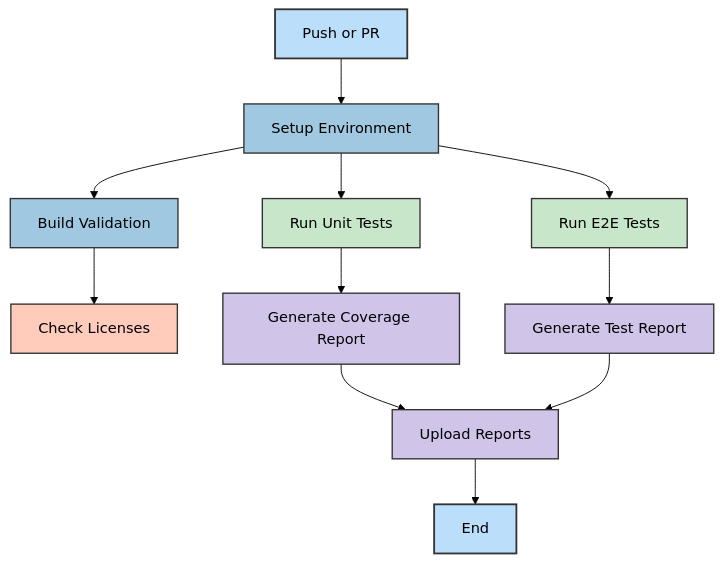
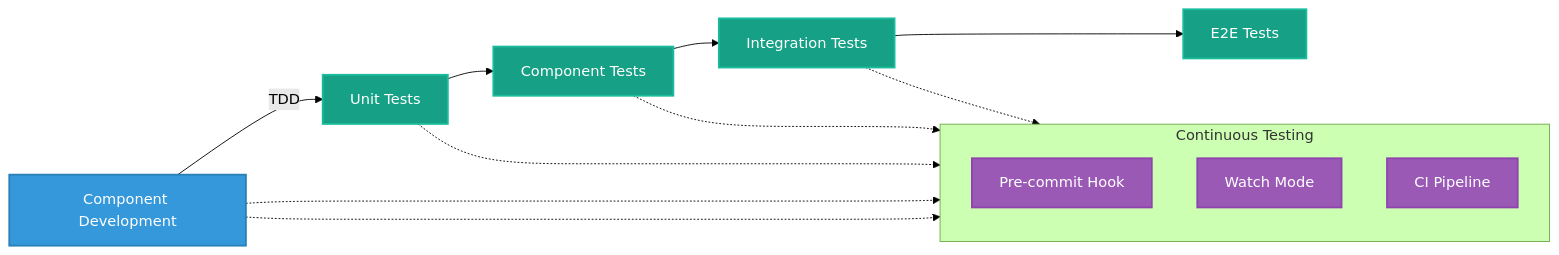
The sixth of 8 diagrams in docs/architecture/WORKFLOWS.md (Hack23/cia-compliance-manager), drawn with Mermaid (forest theme) before and after one commit. The commit also changed other lines of this file and 7 other files, not shown here.

Commit message:
Enhance documentation for CIA Compliance Manager CI/CD workflows, including detailed descriptions of processes, updated diagrams, and improved organization of sections for better clarity and usability.

````diff
--- a/docs/architecture/WORKFLOWS.md
+++ b/docs/architecture/WORKFLOWS.md
@@ -120,27 +329,26 @@
 ```mermaid
-flowchart TD
-    Start[Push or PR] --> Prepare[Setup Environment]
-    Prepare --> BuildValidation[Build Validation]
-    Prepare --> UnitTests[Run Unit Tests]
-    Prepare --> E2ETests[Run E2E Tests]
-    BuildValidation --> LicenseCheck[Check Licenses]
-    UnitTests --> Coverage[Generate Coverage Report]
-    E2ETests --> TestReport[Generate Test Report]
-    Coverage --> Upload[Upload Reports]
-    TestReport --> Upload
-    Upload --> End[End]
-
-    %% Enhanced styling with improved flow and grouping
-    classDef startNode fill:#bbdefb,stroke:#333,stroke-width:2px,color:black
-    classDef processNode fill:#a0c8e0,stroke:#333,stroke-width:1.5px,color:black
-    classDef testNode fill:#c8e6c9,stroke:#333,stroke-width:1.5px,color:black
-    classDef reportNode fill:#d1c4e9,stroke:#333,stroke-width:1.5px,color:black
-    classDef endNode fill:#86b5d9,stroke:#333,stroke-width:2px,color:black
-    classDef checkNode fill:#ffccbc,stroke:#333,stroke-width:1.5px,color:black
-
-    class Start,End startNode
-    class Prepare,BuildValidation processNode
-    class UnitTests,E2ETests testNode
-    class Coverage,TestReport,Upload reportNode
-    class LicenseCheck checkNode
+flowchart LR
+    Component[Component Development] -->|TDD| UnitTests[Unit Tests]
+    UnitTests --> ComponentTests[Component Tests]
+    ComponentTests --> IntegrationTests[Integration Tests]
+    IntegrationTests --> E2ETests[E2E Tests]
+    
+    subgraph "Continuous Testing"
+        direction TB
+        CommitHook[Pre-commit Hook]
+        WatchMode[Watch Mode]
+        CICycle[CI Pipeline]
+    end
+    
+    Component -.-> CommitHook
+    Component -.-> WatchMode
+    UnitTests & ComponentTests & IntegrationTests -.-> CICycle
+    
+    classDef component fill:#3498db,stroke:#2980b9,stroke-width:2px,color:white
+    classDef test fill:#16a085,stroke:#1abc9c,stroke-width:2px,color:white
+    classDef continuous fill:#9b59b6,stroke:#8e44ad,stroke-width:2px,color:white
+    
+    class Component component
+    class UnitTests,ComponentTests,IntegrationTests,E2ETests test
+    class CommitHook,WatchMode,CICycle continuous
 ```
````
